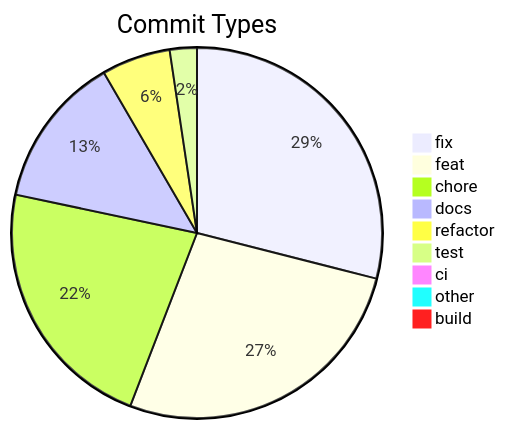
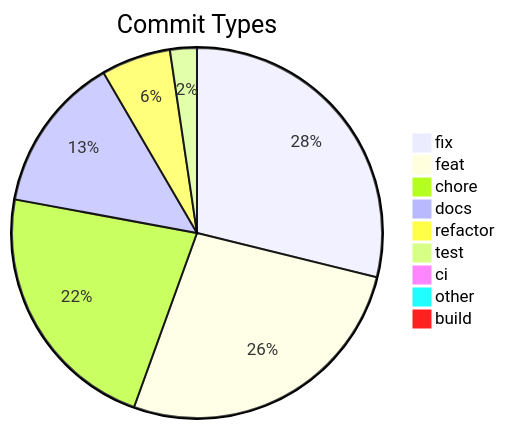
One commit to svenroth-ai/shipwright changed the diagram in .shipwright/compliance/change-history.md. Above: the diagram before and after it, drawn with Mermaid. The commit also changed other lines of this file and 15 other files, not shown here.

````diff
--- a/.shipwright/compliance/change-history.md
+++ b/.shipwright/compliance/change-history.md
@@ -8,12 +8,12 @@
 ```mermaid
 pie title Commit Types
-    "fix" : 294
+    "fix" : 295
     "feat" : 273
-    "chore" : 228
-    "docs" : 135
-    "refactor" : 61
+    "chore" : 229
+    "docs" : 140
+    "refactor" : 62
     "test" : 24
     "ci" : 7
     "other" : 7
     "build" : 1
 ```
````
